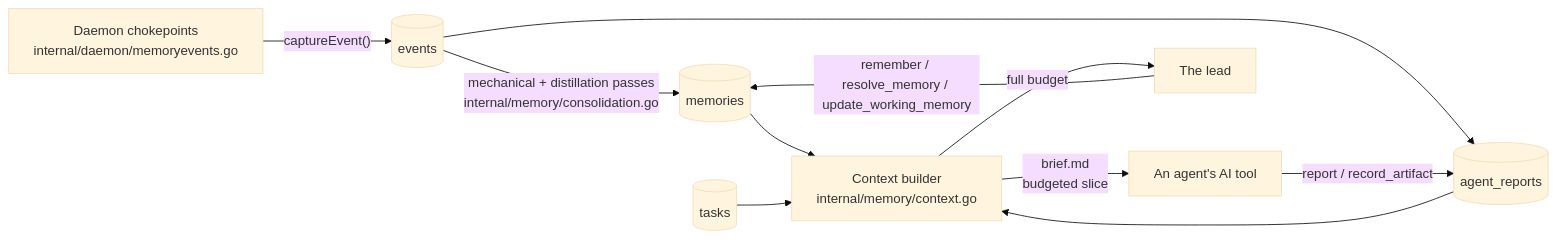
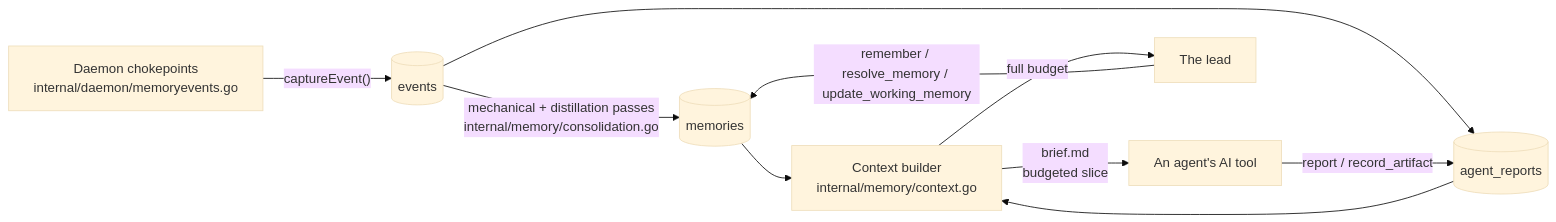
One commit to leciric/agentbox changed the first of 2 diagrams in docs/memory.md. Above: the diagram before and after it, drawn with Mermaid (base theme). The commit also changed other lines of this file and 56 other files, not shown here.

````diff
--- a/docs/memory.md
+++ b/docs/memory.md
@@ -10,13 +10,12 @@
 ```mermaid
 flowchart LR
     Daemon["Daemon chokepoints\ninternal/daemon/memoryevents.go"] -- "captureEvent()" --> Events[("events")]
     Events -- "mechanical + distillation passes\ninternal/memory/consolidation.go" --> Memories[("memories")]
     Events --> Reports[("agent_reports")]
     Memories --> Context["Context builder\ninternal/memory/context.go"]
-    Tasks[("tasks")] --> Context
     Reports --> Context
     Context -- "brief.md\nbudgeted slice" --> Agent["An agent's AI tool"]
     Context -- "full budget" --> Lead["The lead"]
     Lead -- "remember / resolve_memory / update_working_memory" --> Memories
     Agent -- "report / record_artifact" --> Reports
 ```
````
